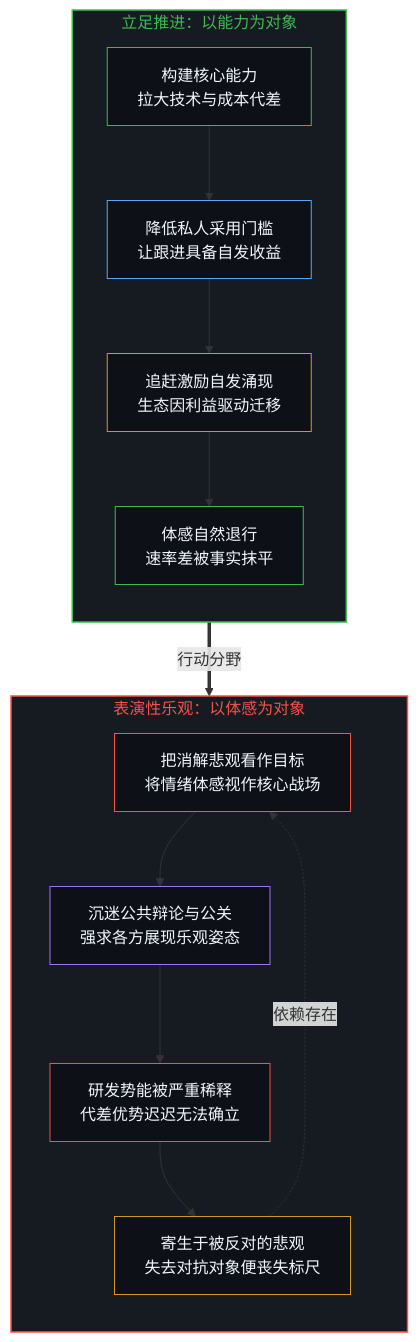
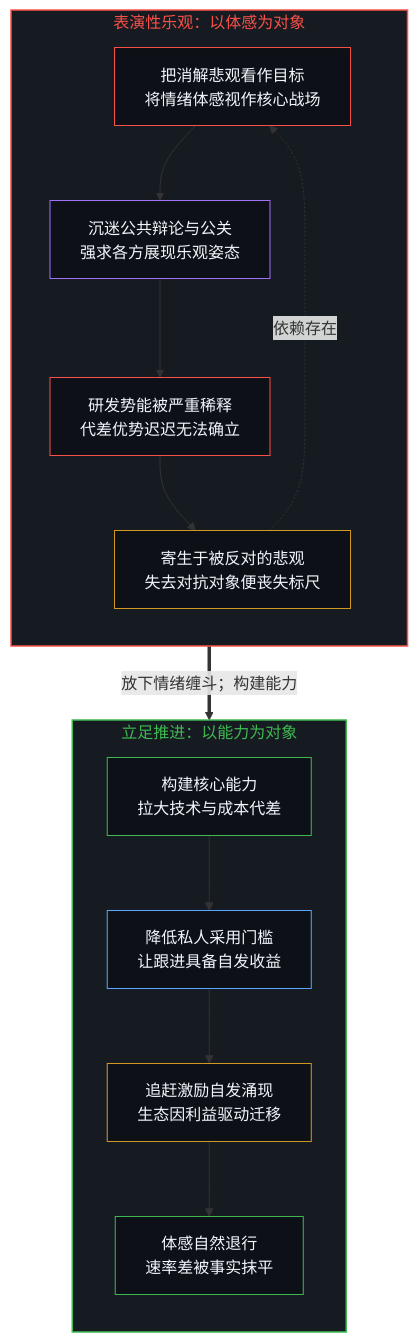
One commit to powerpig99/not-a-toe changed the third of 4 diagrams in content/posts/felt-resistance-and-the-speed-differential.md. Above: the diagram before and after it, drawn with Mermaid. The commit also changed other lines of this file and 7 other files, not shown here.

````diff
--- a/content/posts/felt-resistance-and-the-speed-differential.md
+++ b/content/posts/felt-resistance-and-the-speed-differential.md
@@ -107,35 +107,35 @@
 ```mermaid
 flowchart TD
+    subgraph S_PERF[" 表演性乐观：以体感为对象 "]
+        direction TB
+        OBJECT["把消解悲观看作目标<br/>将情绪体感视作核心战场"]
+        DISPUTE["沉迷公共辩论与公关<br/>强求各方展现乐观姿态"]
+        SINK["研发势能被严重稀释<br/>代差优势迟迟无法确立"]
+        PARASITE["寄生于被反对的悲观<br/>失去对抗对象便丧失标尺"]
+    end
     subgraph S_ALIGN[" 立足推进：以能力为对象 "]
         direction TB
         DEV["构建核心能力<br/>拉大技术与成本代差"]
         COST["降低私人采用门槛<br/>让跟进具备自发收益"]
         FORCE["追赶激励自发涌现<br/>生态因利益驱动迁移"]
         F_SENSE["体感自然退行<br/>速率差被事实抹平"]
     end
-    subgraph S_PERF[" 表演性乐观：以体感为对象 "]
-        direction TB
-        OBJECT["把消解悲观看作目标<br/>将情绪体感视作核心战场"]
-        DISPUTE["沉迷公共辩论与公关<br/>强求各方展现乐观姿态"]
-        SINK["研发势能被严重稀释<br/>代差优势迟迟无法确立"]
-        PARASITE["寄生于被反对的悲观<br/>失去对抗对象便丧失标尺"]
-    end
-    DEV --> COST
-    COST --> FORCE
-    FORCE --> F_SENSE
-    F_SENSE ==>|"行动分野"| OBJECT
     OBJECT --> DISPUTE
     DISPUTE --> SINK
     SINK --> PARASITE
     PARASITE -.->|"依赖存在"| OBJECT
+    PARASITE ==>|"放下情绪缠斗；构建能力"| DEV
+    DEV --> COST
+    COST --> FORCE
+    FORCE --> F_SENSE
     style S_ALIGN fill:#161b22,stroke:#3fb950,stroke-width:1.5px,color:#3fb950
     style S_PERF fill:#161b22,stroke:#f85149,stroke-width:1.5px,color:#f85149
     style DEV fill:#0d1117,stroke:#3fb950,stroke-width:1px,color:#f0f6fc
     style COST fill:#0d1117,stroke:#58a6ff,stroke-width:1px,color:#f0f6fc
     style FORCE fill:#0d1117,stroke:#d29922,stroke-width:1px,color:#f0f6fc
     style F_SENSE fill:#0d1117,stroke:#3fb950,stroke-width:1px,color:#f0f6fc
     style OBJECT fill:#0d1117,stroke:#f85149,stroke-width:1px,color:#f0f6fc
     style DISPUTE fill:#0d1117,stroke:#a371f7,stroke-width:1px,color:#f0f6fc
     style SINK fill:#0d1117,stroke:#f85149,stroke-width:1px,color:#f0f6fc
     style PARASITE fill:#0d1117,stroke:#d29922,stroke-width:1px,color:#f0f6fc
 ```
````
